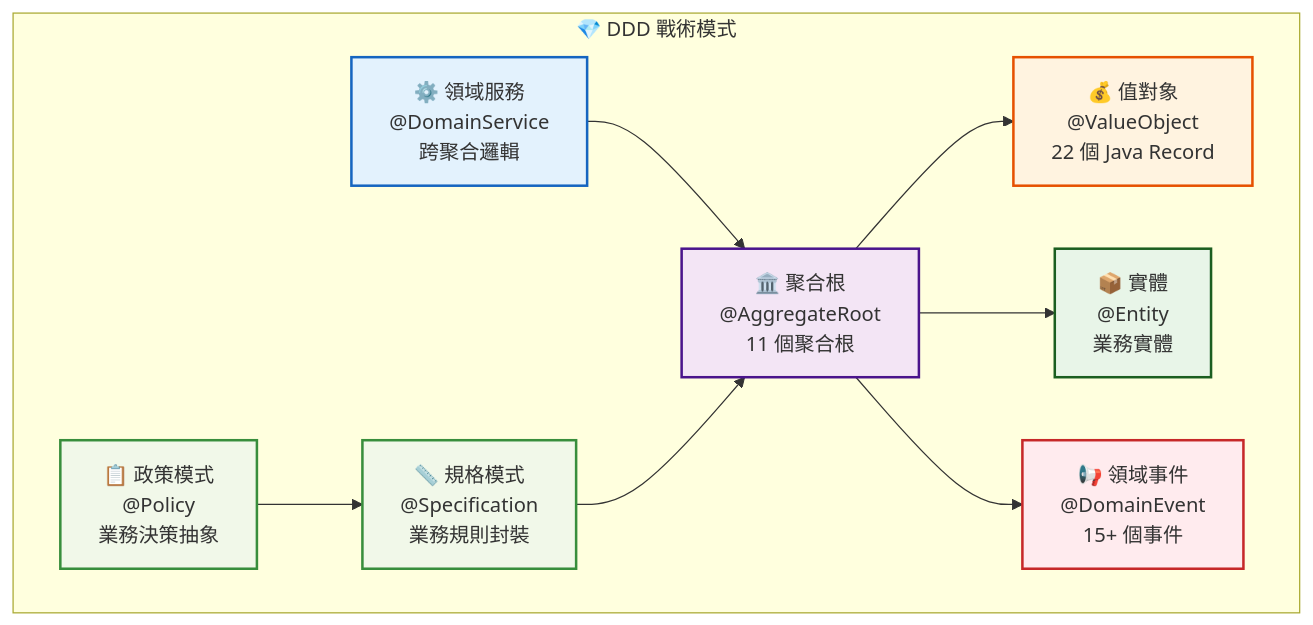
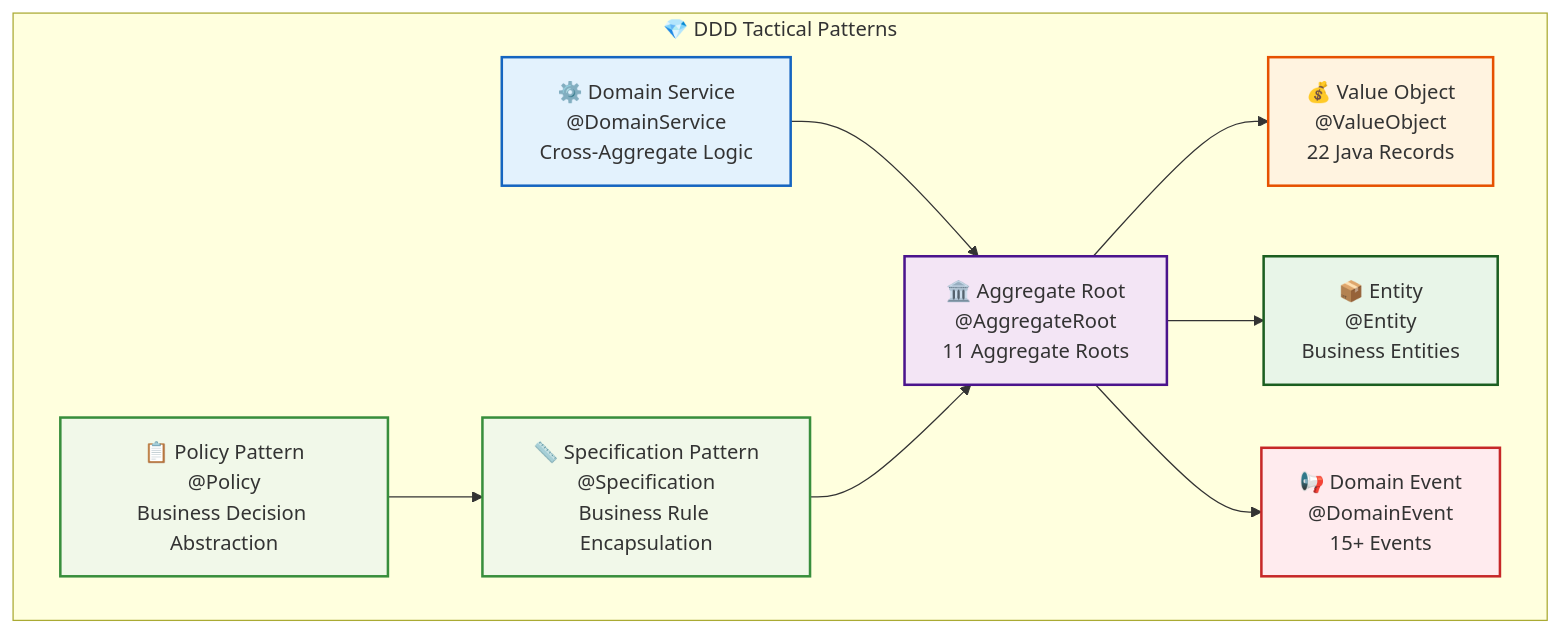
The fourth of 5 diagrams in docs/architecture/overview.md (humank/genai-demo), drawn with Mermaid before and after one commit. The commit also changed other lines of this file and 453 other files, not shown here.

First line of the commit message:
feat: Complete translation of key architecture and API documentation

````diff
--- a/docs/architecture/overview.md
+++ b/docs/architecture/overview.md
@@ -274,33 +274,33 @@
 ```mermaid
 graph TB
-    subgraph "💎 DDD 戰術模式"
-        AR["🏛️ 聚合根<br/>@AggregateRoot<br/>11 個聚合根"]
-        VO["💰 值對象<br/>@ValueObject<br/>22 個 Java Record"]
-        EN["📦 實體<br/>@Entity<br/>業務實體"]
-        DE["📢 領域事件<br/>@DomainEvent<br/>15+ 個事件"]
-        DS["⚙️ 領域服務<br/>@DomainService<br/>跨聚合邏輯"]
-        SP["📏 規格模式<br/>@Specification<br/>業務規則封裝"]
-        PO["📋 政策模式<br/>@Policy<br/>業務決策抽象"]
+    subgraph "💎 DDD Tactical Patterns"
+        AR["🏛️ Aggregate Root<br/>@AggregateRoot<br/>11 Aggregate Roots"]
+        VO["💰 Value Object<br/>@ValueObject<br/>22 Java Records"]
+        EN["📦 Entity<br/>@Entity<br/>Business Entities"]
+        DE["📢 Domain Event<br/>@DomainEvent<br/>15+ Events"]
+        DS["⚙️ Domain Service<br/>@DomainService<br/>Cross-Aggregate Logic"]
+        SP["📏 Specification Pattern<br/>@Specification<br/>Business Rule Encapsulation"]
+        PO["📋 Policy Pattern<br/>@Policy<br/>Business Decision Abstraction"]
     end
     
     AR --> VO
     AR --> EN
     AR --> DE
     DS --> AR
     SP --> AR
     PO --> SP
     
     classDef aggregate fill:#f3e5f5,stroke:#4a148c,stroke-width:2px
     classDef valueObject fill:#fff3e0,stroke:#e65100,stroke-width:2px
     classDef entity fill:#e8f5e8,stroke:#1b5e20,stroke-width:2px
     classDef event fill:#ffebee,stroke:#c62828,stroke-width:2px
     classDef service fill:#e3f2fd,stroke:#1565c0,stroke-width:2px
     classDef pattern fill:#f1f8e9,stroke:#388e3c,stroke-width:2px
     
     class AR aggregate
     class VO valueObject
     class EN entity
     class DE event
     class DS service
     class SP,PO pattern
 ```
````
